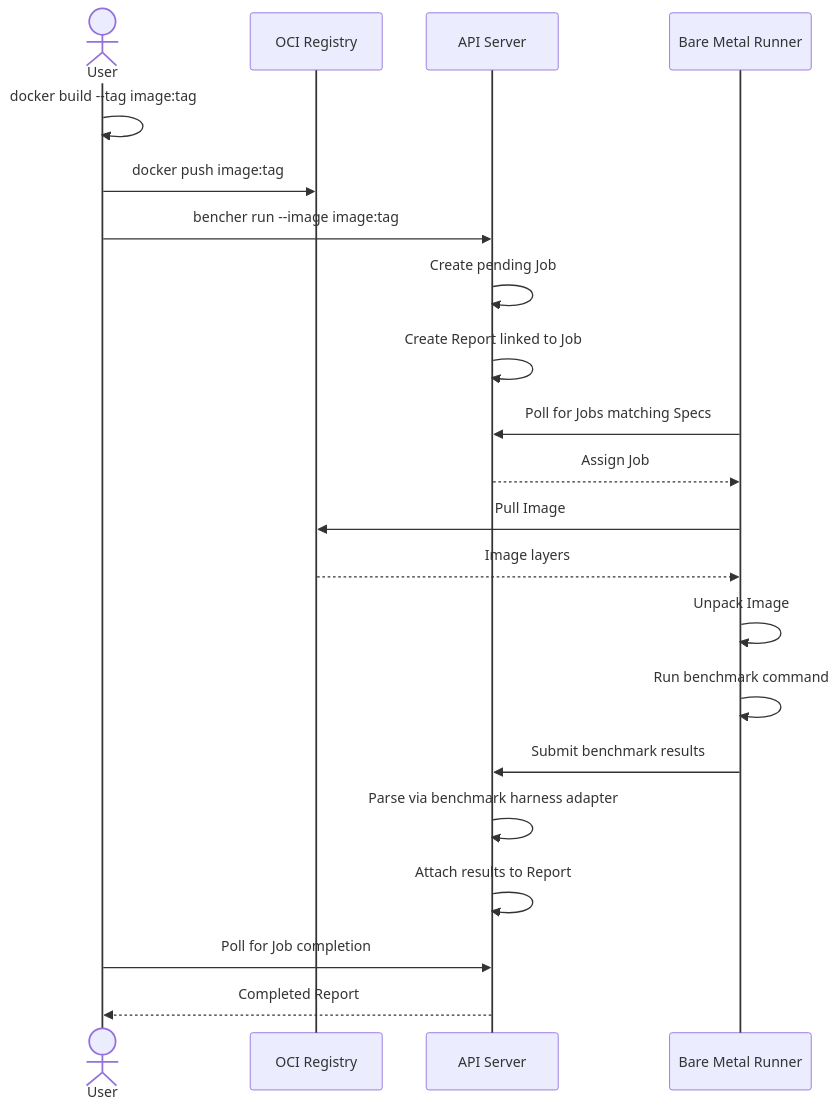
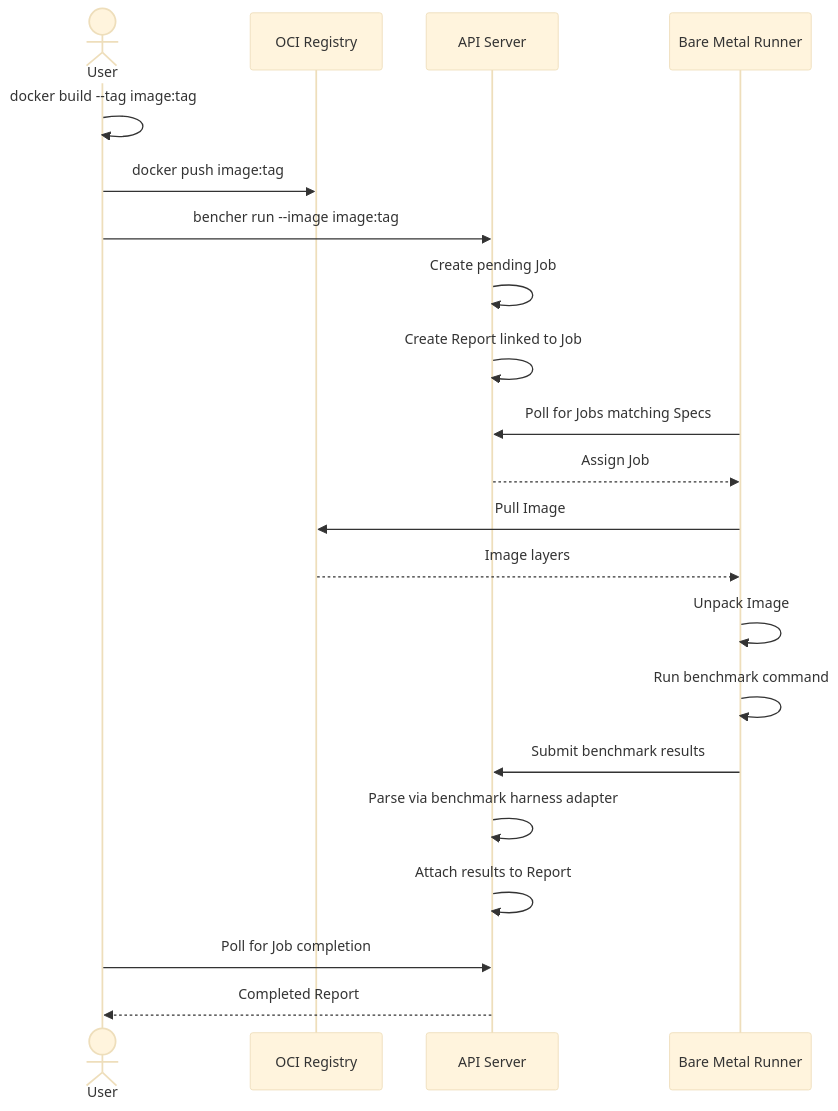
One commit to bencherdev/bencher changed the diagram in services/console/diagrams/bare-metal.mmd. Above: the diagram before and after it, drawn with Mermaid. The commit also changed 322 other files, not shown here.

```diff
--- a/services/console/diagrams/bare-metal.mmd
+++ b/services/console/diagrams/bare-metal.mmd
@@ -1,23 +1,23 @@
-%%{init: {'theme': 'base', 'themeVariables': {'primaryColor': '#ECECFF', 'primaryBorderColor': '#9370DB', 'primaryTextColor': '#333', 'lineColor': '#333333', 'secondaryColor': '#ffffde', 'tertiaryColor': '#fff', 'clusterBkg': '#fde0c8', 'clusterBorder': '#e26000', 'actorBkg': '#ECECFF', 'actorBorder': '#9370DB', 'actorTextColor': '#333', 'actorLineColor': '#333333', 'signalColor': '#333333', 'signalTextColor': '#333333', 'labelBoxBkgColor': '#fde0c8', 'labelBoxBorderColor': '#e26000', 'labelTextColor': '#333', 'loopTextColor': '#333', 'noteBkgColor': '#ffffde', 'noteBorderColor': '#e26000', 'noteTextColor': '#333', 'activationBkgColor': '#ECECFF', 'activationBorderColor': '#9370DB', 'sequenceNumberColor': '#333'}, 'themeCSS': '.actor-top, .actor-bottom { fill: #ECECFF; stroke: #9370DB; } .note { fill: #ffffde; stroke: #e26000; } .actor-line { stroke: #333333; }'}}%%
+%%{init: {'theme': 'base'}}%%
 sequenceDiagram
     actor User
     participant Registry as OCI Registry
     participant API as API Server
     participant Runner as Bare Metal Runner
 
     User->>User: docker build --tag image:tag
     User->>Registry: docker push image:tag
     User->>API: bencher run --image image:tag
     API->>API: Create pending Job
     API->>API: Create Report linked to Job
     Runner->>API: Poll for Jobs matching Specs
     API-->>Runner: Assign Job
     Runner->>Registry: Pull Image
     Registry-->>Runner: Image layers
     Runner->>Runner: Unpack Image
     Runner->>Runner: Run benchmark command
     Runner->>API: Submit benchmark results
     API->>API: Parse via benchmark harness adapter
     API->>API: Attach results to Report
     User->>API: Poll for Job completion
     API-->>User: Completed Report
```
